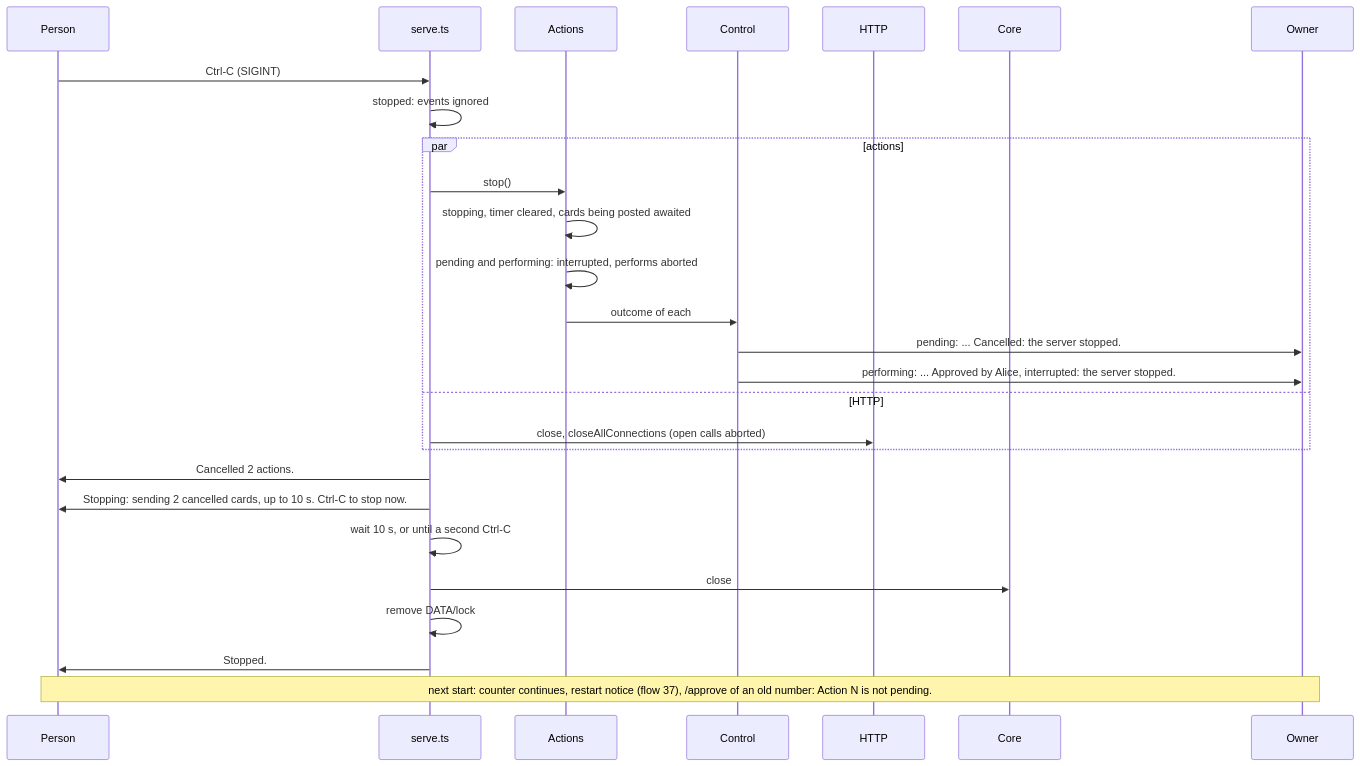
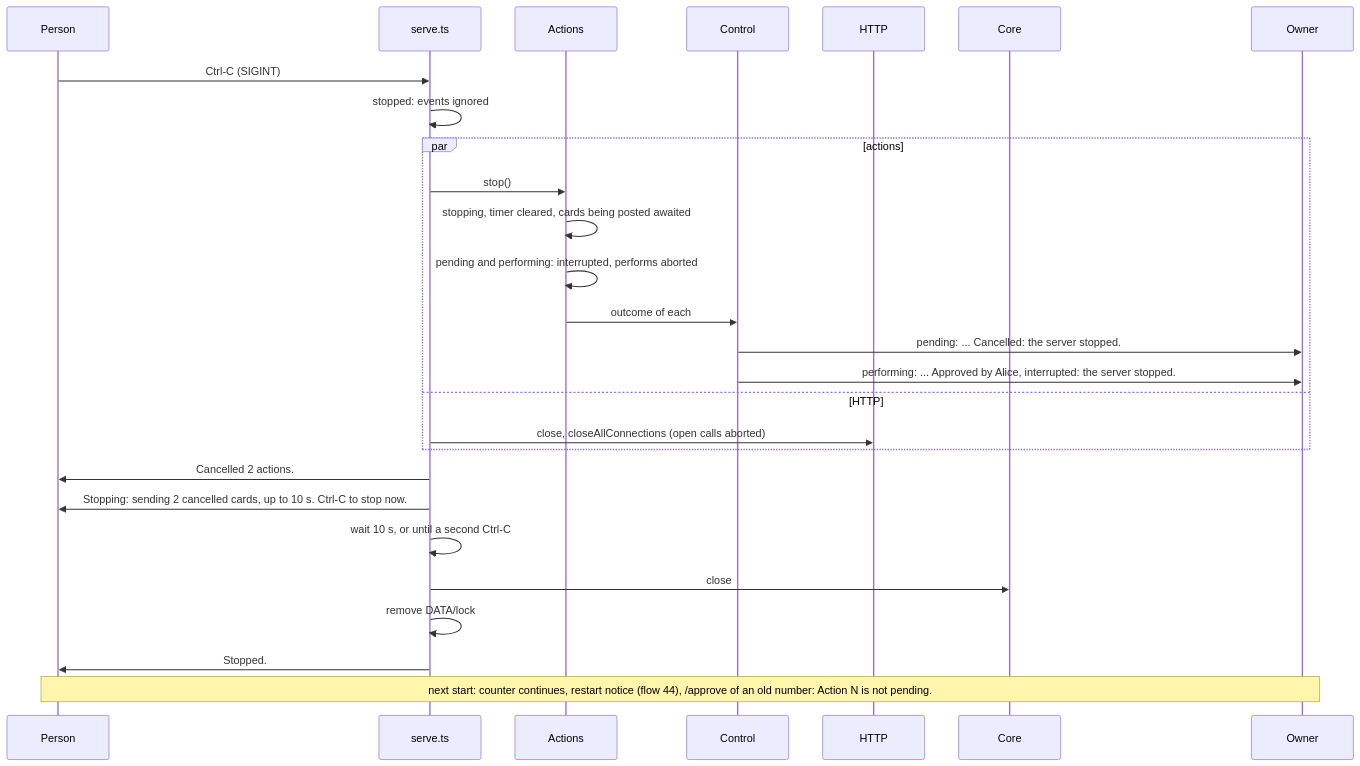
One commit to simplex-chat/simplex-chat changed diagram 11 of 45 in packages/simplex-chat-mcp/spec/flows.md. Above: the diagram before and after it, drawn with Mermaid. The commit also changed 2 other files, not shown here.

Commit message:
mcp: restart notice in the recalled history, and its flow number

````diff
--- a/packages/simplex-chat-mcp/spec/flows.md
+++ b/packages/simplex-chat-mcp/spec/flows.md
@@ -521,29 +521,29 @@
 ```mermaid
 sequenceDiagram
   participant P as Person
   participant S as serve.ts
   participant X as Actions
   participant K as Control
   participant H as HTTP
   participant C as Core
   participant O as Owner
   P->>S: Ctrl-C (SIGINT)
   S->>S: stopped: events ignored
   par actions
     S->>X: stop()
     X->>X: stopping, timer cleared, cards being posted awaited
     X->>X: pending and performing: interrupted, performs aborted
     X->>K: outcome of each
     K->>O: pending: ... Cancelled: the server stopped.
     K->>O: performing: ... Approved by Alice, interrupted: the server stopped.
   and HTTP
     S->>H: close, closeAllConnections (open calls aborted)
   end
   S->>P: Cancelled 2 actions.
   S->>P: Stopping: sending 2 cancelled cards, up to 10 s. Ctrl-C to stop now.
   S->>S: wait 10 s, or until a second Ctrl-C
   S->>C: close
   S->>S: remove DATA/lock
   S->>P: Stopped.
-  Note over P,O: next start: counter continues, restart notice (flow 37), /approve of an old number: Action N is not pending.
+  Note over P,O: next start: counter continues, restart notice (flow 44), /approve of an old number: Action N is not pending.
 ```
````
